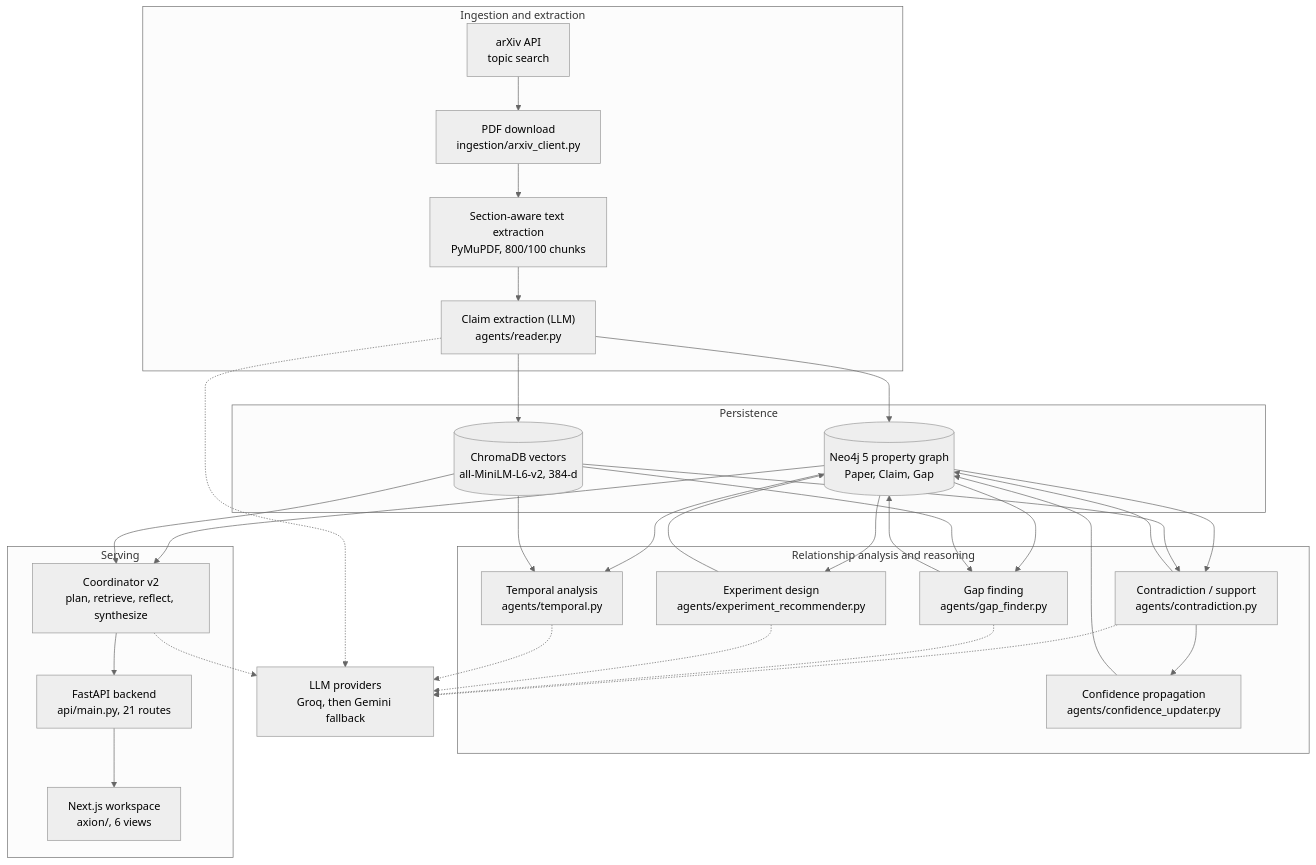
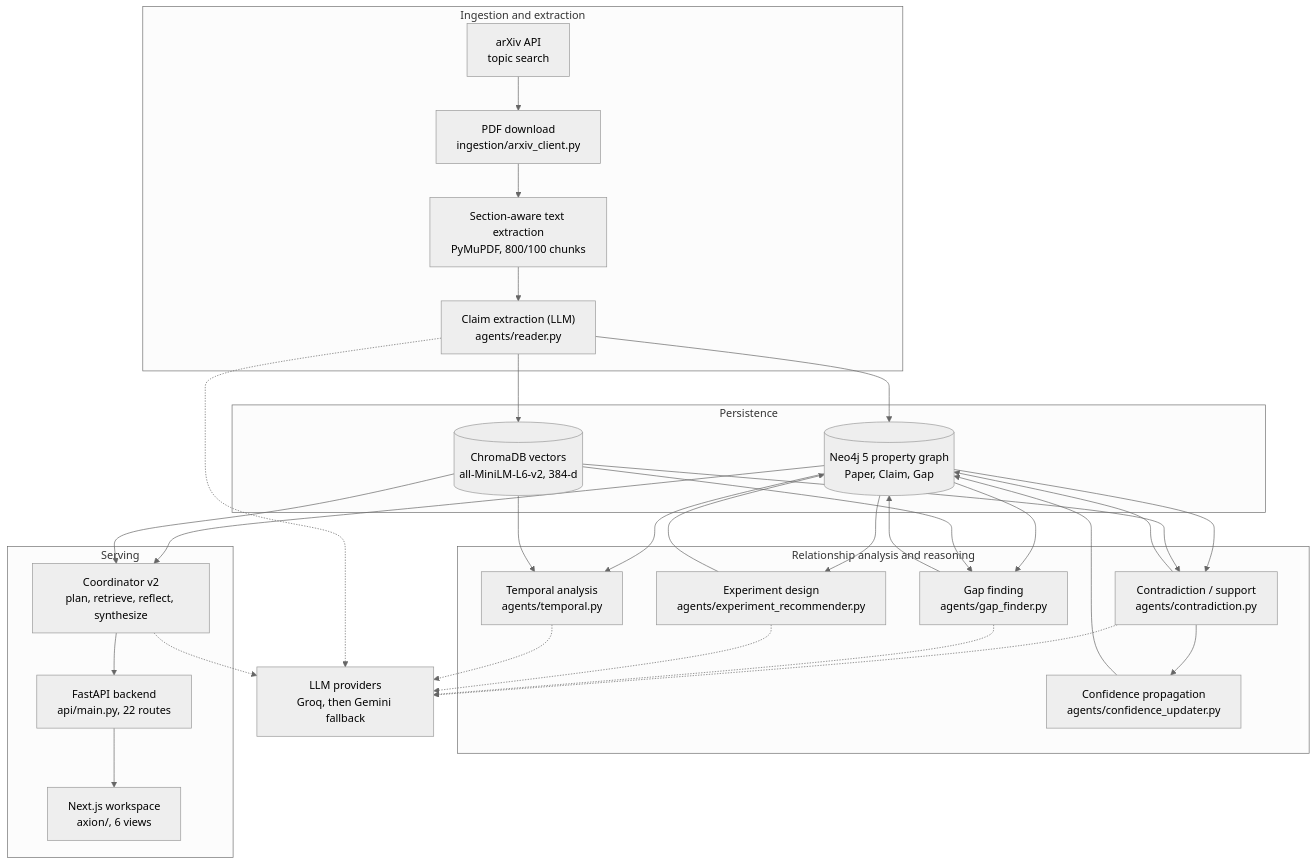
One commit to Som007-builds/Axion changed the diagram in README.md. Above: the diagram before and after it, drawn with Mermaid (neutral theme). The commit also changed other lines of this file and 10 other files, not shown here.

````diff
--- a/README.md
+++ b/README.md
@@ -151,56 +160,56 @@
 ```mermaid
 flowchart TD
     subgraph Ingest["Ingestion and extraction"]
         A["arXiv API<br/>topic search"] --> B["PDF download<br/>ingestion/arxiv_client.py"]
         B --> C["Section-aware text extraction<br/>PyMuPDF, 800/100 chunks"]
         C --> D["Claim extraction (LLM)<br/>agents/reader.py"]
     end
 
     subgraph Stores["Persistence"]
         E[("Neo4j 5 property graph<br/>Paper, Claim, Gap")]
         F[("ChromaDB vectors<br/>all-MiniLM-L6-v2, 384-d")]
     end
 
     D --> E
     D --> F
 
     subgraph Reason["Relationship analysis and reasoning"]
         G["Contradiction / support<br/>agents/contradiction.py"]
         H["Gap finding<br/>agents/gap_finder.py"]
         I["Experiment design<br/>agents/experiment_recommender.py"]
         J["Temporal analysis<br/>agents/temporal.py"]
         K["Confidence propagation<br/>agents/confidence_updater.py"]
     end
 
     E --> G
     F --> G
     E --> H
     F --> H
     E --> I
     E --> J
     F --> J
     G --> K
     K --> E
     G --> E
     H --> E
     I --> E
 
     subgraph Serve["Serving"]
         L["Coordinator v2<br/>plan, retrieve, reflect, synthesize"]
-        M["FastAPI backend<br/>api/main.py, 21 routes"]
+        M["FastAPI backend<br/>api/main.py, 22 routes"]
         N["Next.js workspace<br/>axion/, 6 views"]
     end
 
     E --> L
     F --> L
     L --> M
     M --> N
 
     O["LLM providers<br/>Groq, then Gemini fallback"]
     D -.-> O
     G -.-> O
     H -.-> O
     I -.-> O
     J -.-> O
     L -.-> O
 ```
````
